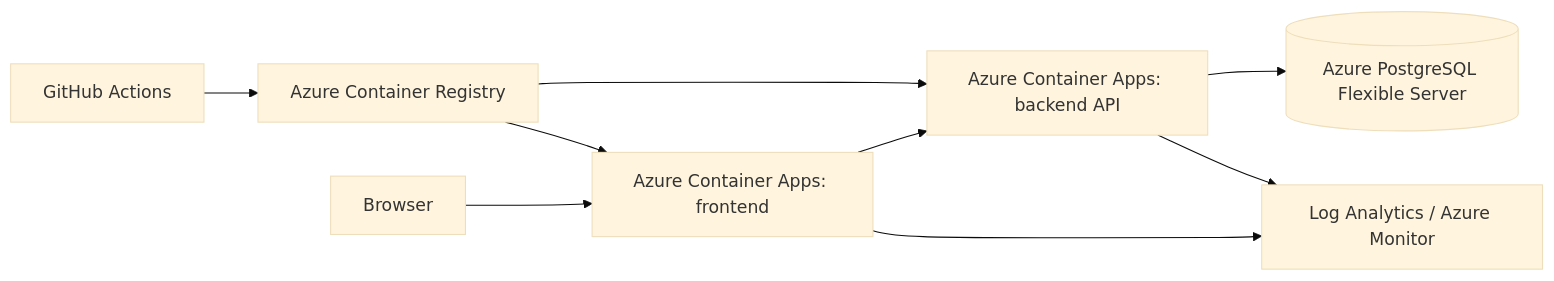
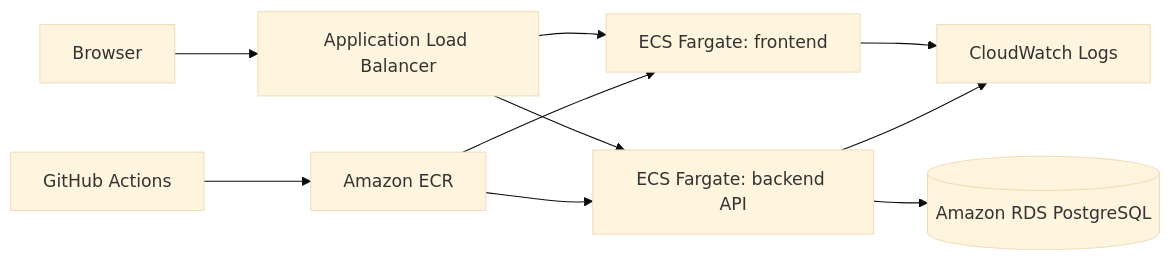
Before and after one commit to firasboudhraa/exercice-azure: the diagram in docs/architecture.md, drawn with Mermaid (base theme). The commit also changed other lines of this file and 14 other files, not shown here.

````diff
--- a/docs/architecture.md
+++ b/docs/architecture.md
@@ -25,11 +25,12 @@
 ```mermaid
 flowchart LR
-  U[Browser] --> FE[Azure Container Apps: frontend]
-  FE --> API[Azure Container Apps: backend API]
-  API --> DB[(Azure PostgreSQL Flexible Server)]
-  FE --> LOG[Log Analytics / Azure Monitor]
+  U[Browser] --> ALB[Application Load Balancer]
+  ALB --> FE[ECS Fargate: frontend]
+  ALB --> API[ECS Fargate: backend API]
+  API --> DB[(Amazon RDS PostgreSQL)]
+  FE --> LOG[CloudWatch Logs]
   API --> LOG
-  GH[GitHub Actions] --> ACR[Azure Container Registry]
-  ACR --> FE
-  ACR --> API
+  GH[GitHub Actions] --> ECR[Amazon ECR]
+  ECR --> FE
+  ECR --> API
 ```
````
